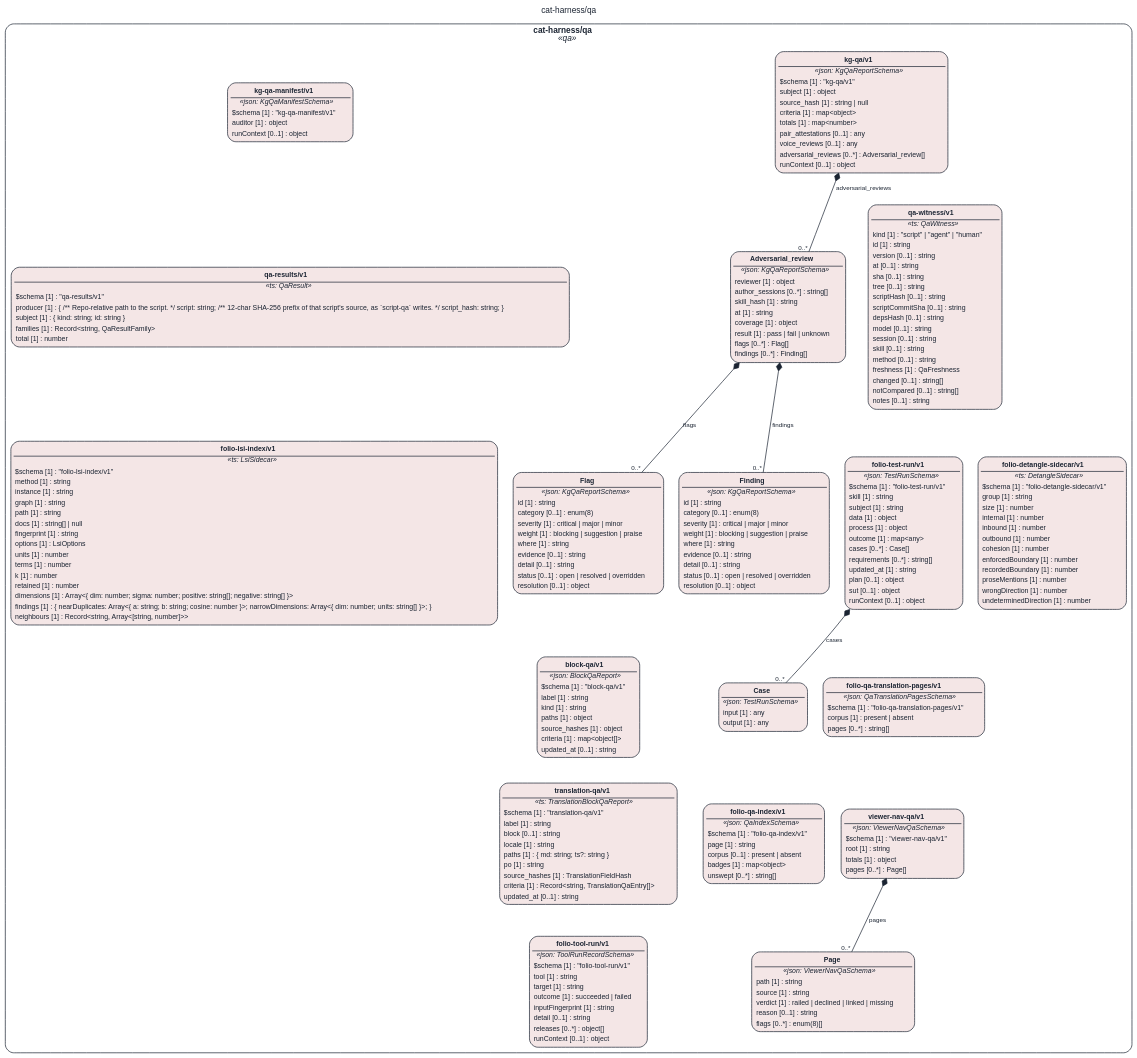
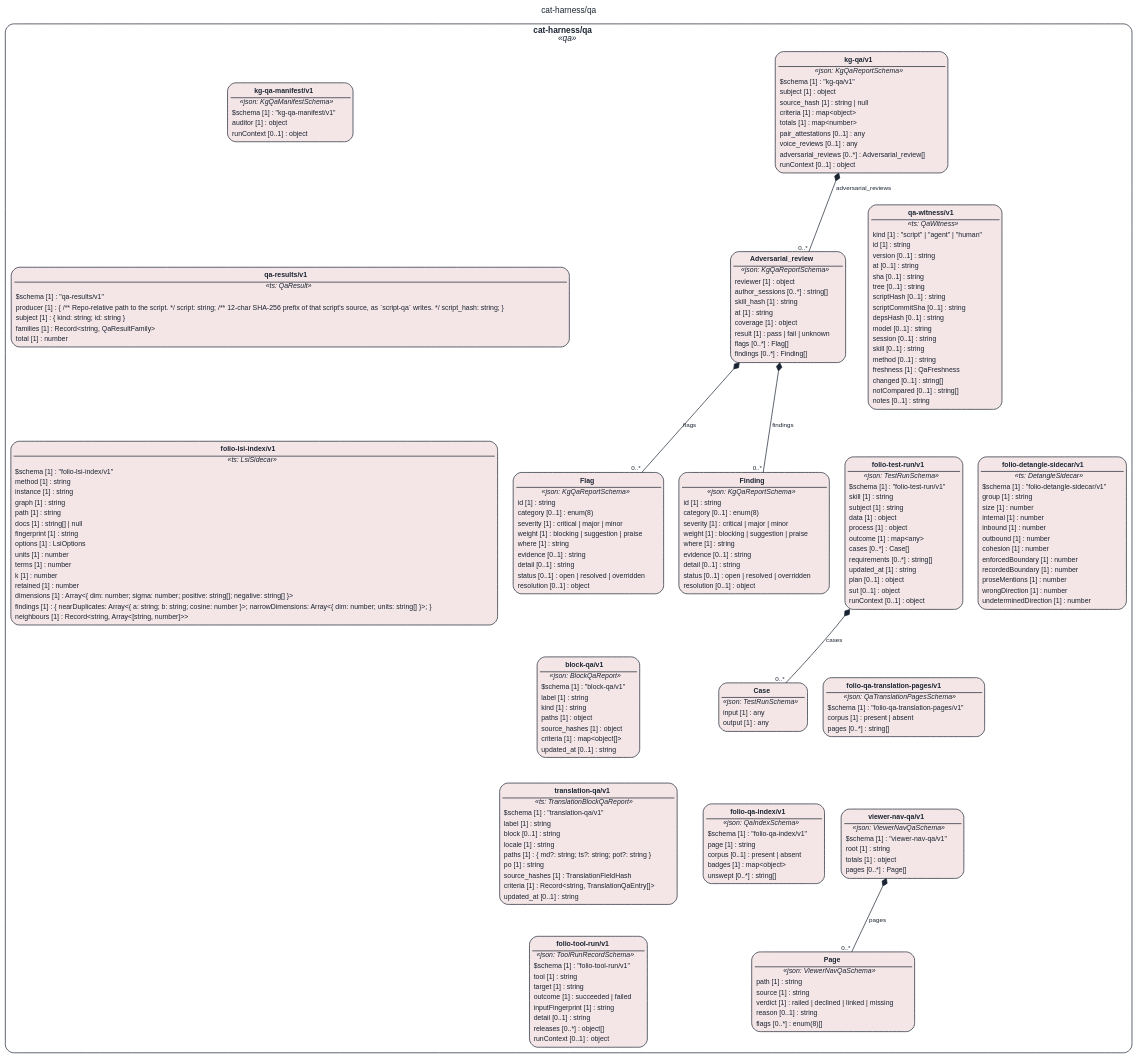
The diagram in branches/ccr-cce3e36b-lgh7fe/assets/img/uml/overview/cat-harness/qa.dot (litlfred/folio-assistant), drawn with Graphviz before and after one commit. The commit also changed 22796 other files, not shown here.

```diff
--- a/branches/ccr-cce3e36b-lgh7fe/assets/img/uml/overview/cat-harness/qa.dot
+++ b/branches/ccr-cce3e36b-lgh7fe/assets/img/uml/overview/cat-harness/qa.dot
@@ -16,7 +16,7 @@
     "cat_harness_qa_folio_test_run_v1_folio_test_run_v1" [fillcolor="#f4e6e6", class="fa_uml_kind_qa", label=<<table border="0" cellborder="0" cellspacing="0" cellpadding="2"><tr><td border="1" sides="b"><b>folio-test-run/v1</b></td></tr><tr><td><i>«json: TestRunSchema»</i></td></tr><tr><td align="left">$schema [1] : &quot;folio-test-run/v1&quot;</td></tr><tr><td align="left">skill [1] : string</td></tr><tr><td align="left">subject [1] : string</td></tr><tr><td align="left">data [1] : object</td></tr><tr><td align="left">process [1] : object</td></tr><tr><td align="left">outcome [1] : map&lt;any&gt;</td></tr><tr><td align="left">cases [0..*] : Case[]</td></tr><tr><td align="left">requirements [0..*] : string[]</td></tr><tr><td align="left">updated_at [1] : string</td></tr><tr><td align="left">plan [0..1] : object</td></tr><tr><td align="left">sut [0..1] : object</td></tr><tr><td align="left">runContext [0..1] : object</td></tr></table>>];
     "cat_harness_qa_qa_witness_v1" [fillcolor="#f4e6e6", class="fa_uml_kind_qa", label=<<table border="0" cellborder="0" cellspacing="0" cellpadding="2"><tr><td border="1" sides="b"><b>qa-witness/v1</b></td></tr><tr><td><i>«ts: QaWitness»</i></td></tr><tr><td align="left">kind [1] : &quot;script&quot; | &quot;agent&quot; | &quot;human&quot;</td></tr><tr><td align="left">id [1] : string</td></tr><tr><td align="left">version [0..1] : string</td></tr><tr><td align="left">at [0..1] : string</td></tr><tr><td align="left">sha [0..1] : string</td></tr><tr><td align="left">tree [0..1] : string</td></tr><tr><td align="left">scriptHash [0..1] : string</td></tr><tr><td align="left">scriptCommitSha [0..1] : string</td></tr><tr><td align="left">depsHash [0..1] : string</td></tr><tr><td align="left">model [0..1] : string</td></tr><tr><td align="left">session [0..1] : string</td></tr><tr><td align="left">skill [0..1] : string</td></tr><tr><td align="left">method [0..1] : string</td></tr><tr><td align="left">freshness [1] : QaFreshness</td></tr><tr><td align="left">changed [0..1] : string[]</td></tr><tr><td align="left">notCompared [0..1] : string[]</td></tr><tr><td align="left">notes [0..1] : string</td></tr></table>>];
     "cat_harness_qa_qa_results_v1" [fillcolor="#f4e6e6", class="fa_uml_kind_qa", label=<<table border="0" cellborder="0" cellspacing="0" cellpadding="2"><tr><td border="1" sides="b"><b>qa-results/v1</b></td></tr><tr><td><i>«ts: QaResult»</i></td></tr><tr><td align="left">$schema [1] : &quot;qa-results/v1&quot;</td></tr><tr><td align="left">producer [1] : { /** Repo-relative path to the script. */ script: string; /** 12-char SHA-256 prefix of that script's source, as `script-qa` writes. */ script_hash: string; }</td></tr><tr><td align="left">subject [1] : { kind: string; id: string }</td></tr><tr><td align="left">families [1] : Record&lt;string, QaResultFamily&gt;</td></tr><tr><td align="left">total [1] : number</td></tr></table>>];
-    "cat_harness_qa_translation_qa_v1" [fillcolor="#f4e6e6", class="fa_uml_kind_qa", label=<<table border="0" cellborder="0" cellspacing="0" cellpadding="2"><tr><td border="1" sides="b"><b>translation-qa/v1</b></td></tr><tr><td><i>«ts: TranslationBlockQaReport»</i></td></tr><tr><td align="left">$schema [1] : &quot;translation-qa/v1&quot;</td></tr><tr><td align="left">label [1] : string</td></tr><tr><td align="left">block [0..1] : string</td></tr><tr><td align="left">locale [1] : string</td></tr><tr><td align="left">paths [1] : { md: string; ts?: string }</td></tr><tr><td align="left">po [1] : string</td></tr><tr><td align="left">source_hashes [1] : TranslationFieldHash</td></tr><tr><td align="left">criteria [1] : Record&lt;string, TranslationQaEntry[]&gt;</td></tr><tr><td align="left">updated_at [0..1] : string</td></tr></table>>];
+    "cat_harness_qa_translation_qa_v1" [fillcolor="#f4e6e6", class="fa_uml_kind_qa", label=<<table border="0" cellborder="0" cellspacing="0" cellpadding="2"><tr><td border="1" sides="b"><b>translation-qa/v1</b></td></tr><tr><td><i>«ts: TranslationBlockQaReport»</i></td></tr><tr><td align="left">$schema [1] : &quot;translation-qa/v1&quot;</td></tr><tr><td align="left">label [1] : string</td></tr><tr><td align="left">block [0..1] : string</td></tr><tr><td align="left">locale [1] : string</td></tr><tr><td align="left">paths [1] : { md?: string; ts?: string; pot?: string }</td></tr><tr><td align="left">po [1] : string</td></tr><tr><td align="left">source_hashes [1] : TranslationFieldHash</td></tr><tr><td align="left">criteria [1] : Record&lt;string, TranslationQaEntry[]&gt;</td></tr><tr><td align="left">updated_at [0..1] : string</td></tr></table>>];
     "cat_harness_qa_folio_qa_index_v1_folio_qa_index_v1" [fillcolor="#f4e6e6", class="fa_uml_kind_qa", label=<<table border="0" cellborder="0" cellspacing="0" cellpadding="2"><tr><td border="1" sides="b"><b>folio-qa-index/v1</b></td></tr><tr><td><i>«json: QaIndexSchema»</i></td></tr><tr><td align="left">$schema [1] : &quot;folio-qa-index/v1&quot;</td></tr><tr><td align="left">page [1] : string</td></tr><tr><td align="left">corpus [0..1] : present | absent</td></tr><tr><td align="left">badges [1] : map&lt;object&gt;</td></tr><tr><td align="left">unswept [0..*] : string[]</td></tr></table>>];
     "cat_harness_qa_folio_qa_translation_pages_v1_folio_qa_translation_pages_v1" [fillcolor="#f4e6e6", class="fa_uml_kind_qa", label=<<table border="0" cellborder="0" cellspacing="0" cellpadding="2"><tr><td border="1" sides="b"><b>folio-qa-translation-pages/v1</b></td></tr><tr><td><i>«json: QaTranslationPagesSchema»</i></td></tr><tr><td align="left">$schema [1] : &quot;folio-qa-translation-pages/v1&quot;</td></tr><tr><td align="left">corpus [1] : present | absent</td></tr><tr><td align="left">pages [0..*] : string[]</td></tr></table>>];
     "cat_harness_qa_folio_detangle_sidecar_v1" [fillcolor="#f4e6e6", class="fa_uml_kind_qa", label=<<table border="0" cellborder="0" cellspacing="0" cellpadding="2"><tr><td border="1" sides="b"><b>folio-detangle-sidecar/v1</b></td></tr><tr><td><i>«ts: DetangleSidecar»</i></td></tr><tr><td align="left">$schema [1] : &quot;folio-detangle-sidecar/v1&quot;</td></tr><tr><td align="left">group [1] : string</td></tr><tr><td align="left">size [1] : number</td></tr><tr><td align="left">internal [1] : number</td></tr><tr><td align="left">inbound [1] : number</td></tr><tr><td align="left">outbound [1] : number</td></tr><tr><td align="left">cohesion [1] : number</td></tr><tr><td align="left">enforcedBoundary [1] : number</td></tr><tr><td align="left">recordedBoundary [1] : number</td></tr><tr><td align="left">proseMentions [1] : number</td></tr><tr><td align="left">wrongDirection [1] : number</td></tr><tr><td align="left">undeterminedDirection [1] : number</td></tr></table>>];
```
